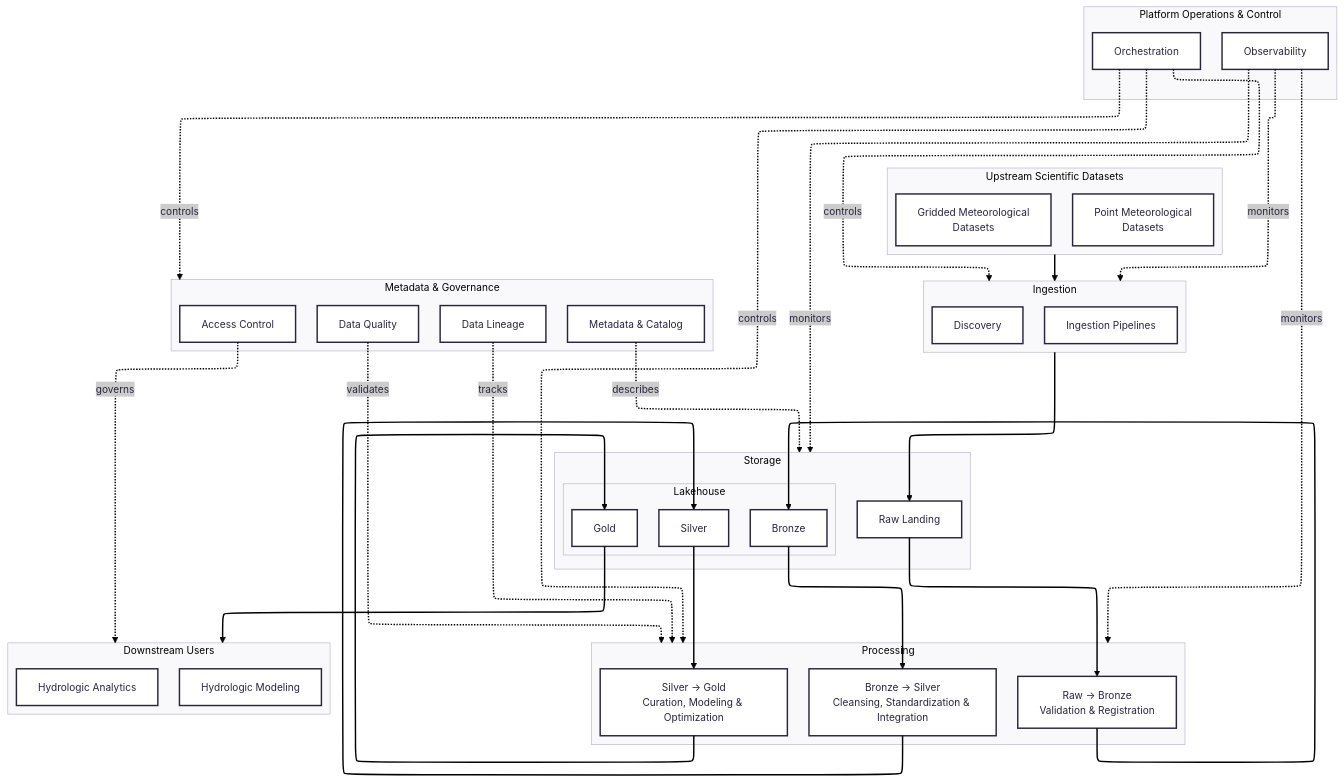
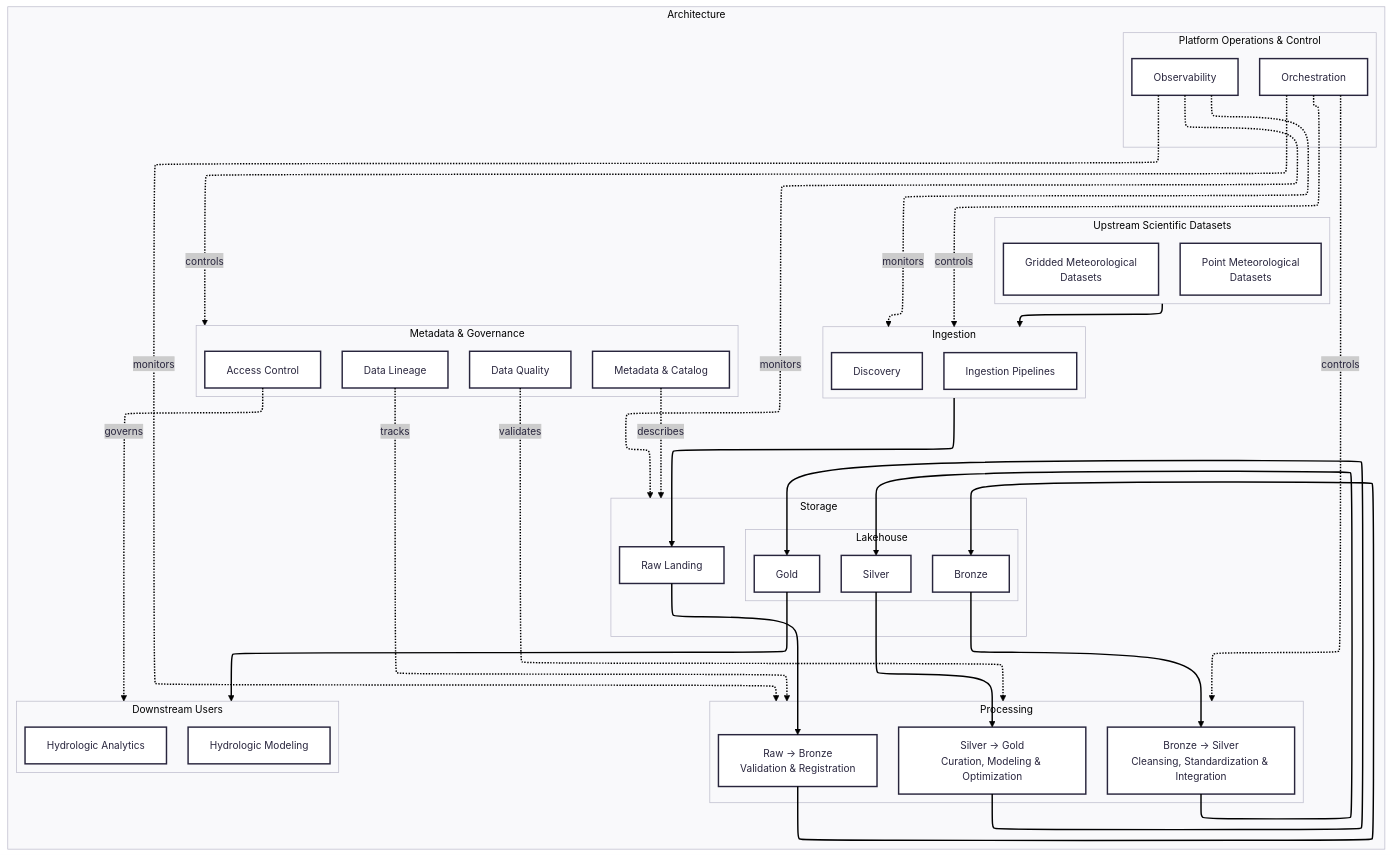
The first of 2 diagrams in README.md (Datamorphic/hydro-data-platform), drawn with Mermaid before and after one commit. The commit also changed other lines of this file, not shown here.

Commit message:
Update flowchart layout and structure in README

```diff
--- a/README.md
+++ b/README.md
@@ -28,6 +28,7 @@
   theme: redux
 ---
 flowchart TD
+  subgraph diagram["Architecture"]
 
     %% =========================
     %% Upstream
@@ -99,6 +100,7 @@
         g3["Data Lineage"]
         g4["Access Control"]
     end
+  end
 
     %% =========================
     %% Primary Data Flow
```
